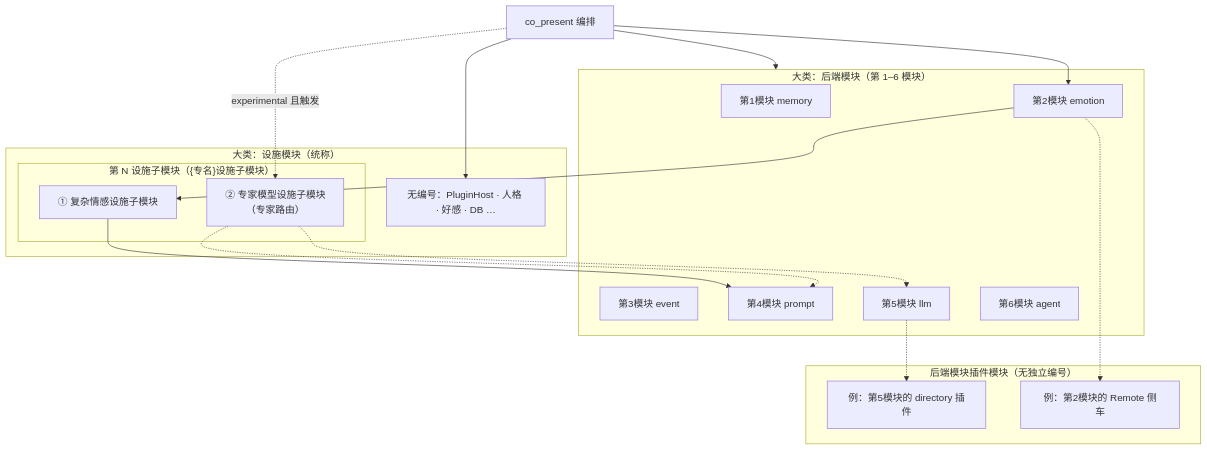
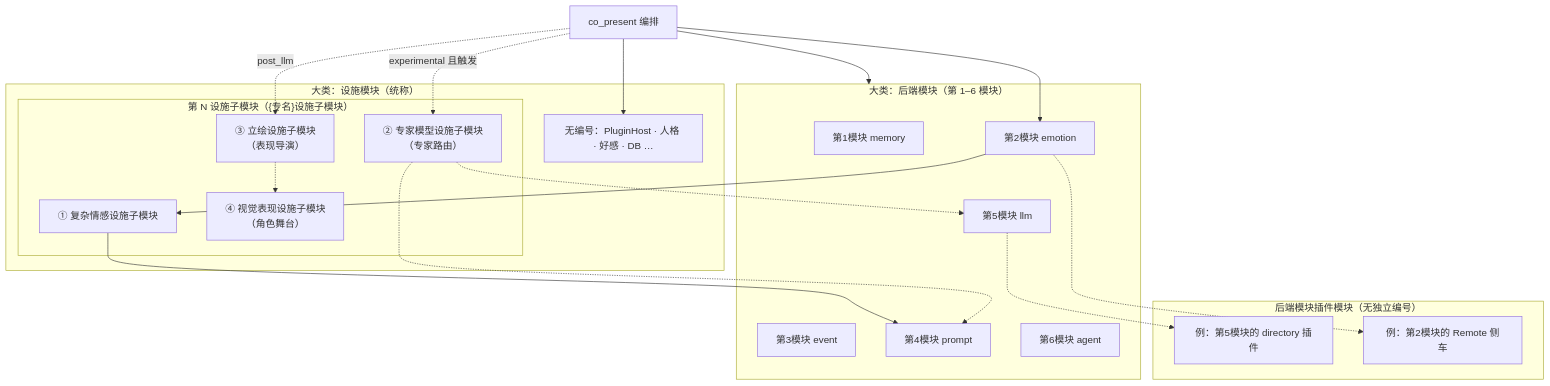
One commit to linkaiheng2233-cyber/oclivenewnew changed the first of 2 diagrams in creator-docs/getting-started/OCLIVE_ARCHITECTURE_OVERVIEW.md. Above: the diagram before and after it, drawn with Mermaid. The commit also changed other lines of this file and 82 other files, not shown here.

````diff
--- a/creator-docs/getting-started/OCLIVE_ARCHITECTURE_OVERVIEW.md
+++ b/creator-docs/getting-started/OCLIVE_ARCHITECTURE_OVERVIEW.md
@@ -92,36 +94,40 @@
 ```mermaid
 flowchart TB
   ORCH["co_present 编排"]
 
   subgraph back["大类：后端模块（第 1–6 模块）"]
     M1["第1模块 memory"]
     M2["第2模块 emotion"]
     M3["第3模块 event"]
     M4["第4模块 prompt"]
     M5["第5模块 llm"]
     M6["第6模块 agent"]
   end
 
   subgraph plug["后端模块插件模块（无独立编号）"]
     P5["例：第5模块的 directory 插件"]
     P2["例：第2模块的 Remote 侧车"]
   end
 
   subgraph fac["大类：设施模块（统称）"]
     F0["无编号：PluginHost · 人格 · 好感 · DB …"]
     subgraph sub["第 N 设施子模块（{专名}设施子模块）"]
       F1["① 复杂情感设施子模块"]
       F2["② 专家模型设施子模块<br/>（专家路由）"]
+      F3["③ 立绘设施子模块<br/>（表现导演）"]
+      F4["④ 视觉表现设施子模块<br/>（角色舞台）"]
     end
   end
 
   ORCH --> M2
   M2 --> F1
   F1 --> M4
   ORCH -.->|experimental 且触发| F2
   F2 -.-> M4 & M5
+  ORCH -.->|post_llm| F3
+  F3 -.-> F4
   ORCH --> back
   M5 -.-> P5
   M2 -.-> P2
   ORCH --> F0
 ```
````
